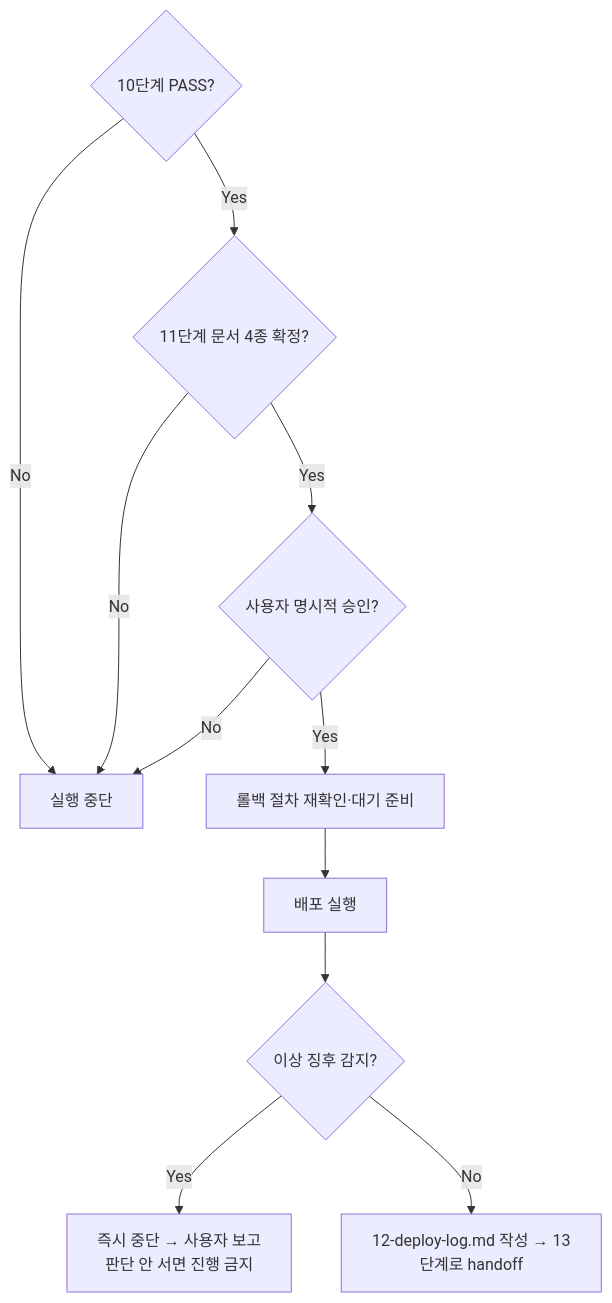
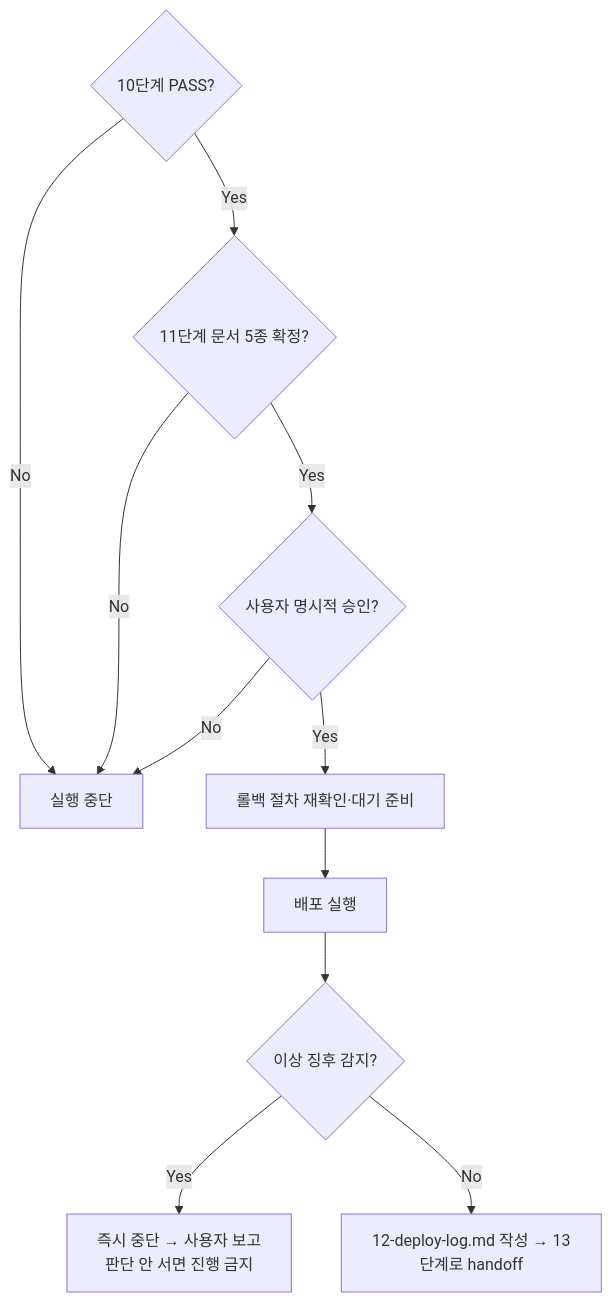
One commit to jcs19752510-ui/HANESS_AUTO changed the diagram in .claude/agents/12-deployer.md. Above: the diagram before and after it, drawn with Mermaid. The commit also changed other lines of this file and 11 other files, not shown here.

````diff
--- a/.claude/agents/12-deployer.md
+++ b/.claude/agents/12-deployer.md
@@ -37,13 +37,13 @@
 ```mermaid
 flowchart TD
     A{10단계 PASS?} -->|No| Z["실행 중단"]
-    A -->|Yes| B{11단계 문서 4종 확정?}
+    A -->|Yes| B{11단계 문서 5종 확정?}
     B -->|No| Z
     B -->|Yes| C{사용자 명시적 승인?}
     C -->|No| Z
     C -->|Yes| D["롤백 절차 재확인·대기 준비"]
     D --> E["배포 실행"]
     E --> F{이상 징후 감지?}
     F -->|Yes| G["즉시 중단 → 사용자 보고<br/>판단 안 서면 진행 금지"]
     F -->|No| H["12-deploy-log.md 작성 → 13단계로 handoff"]
 ```
````
